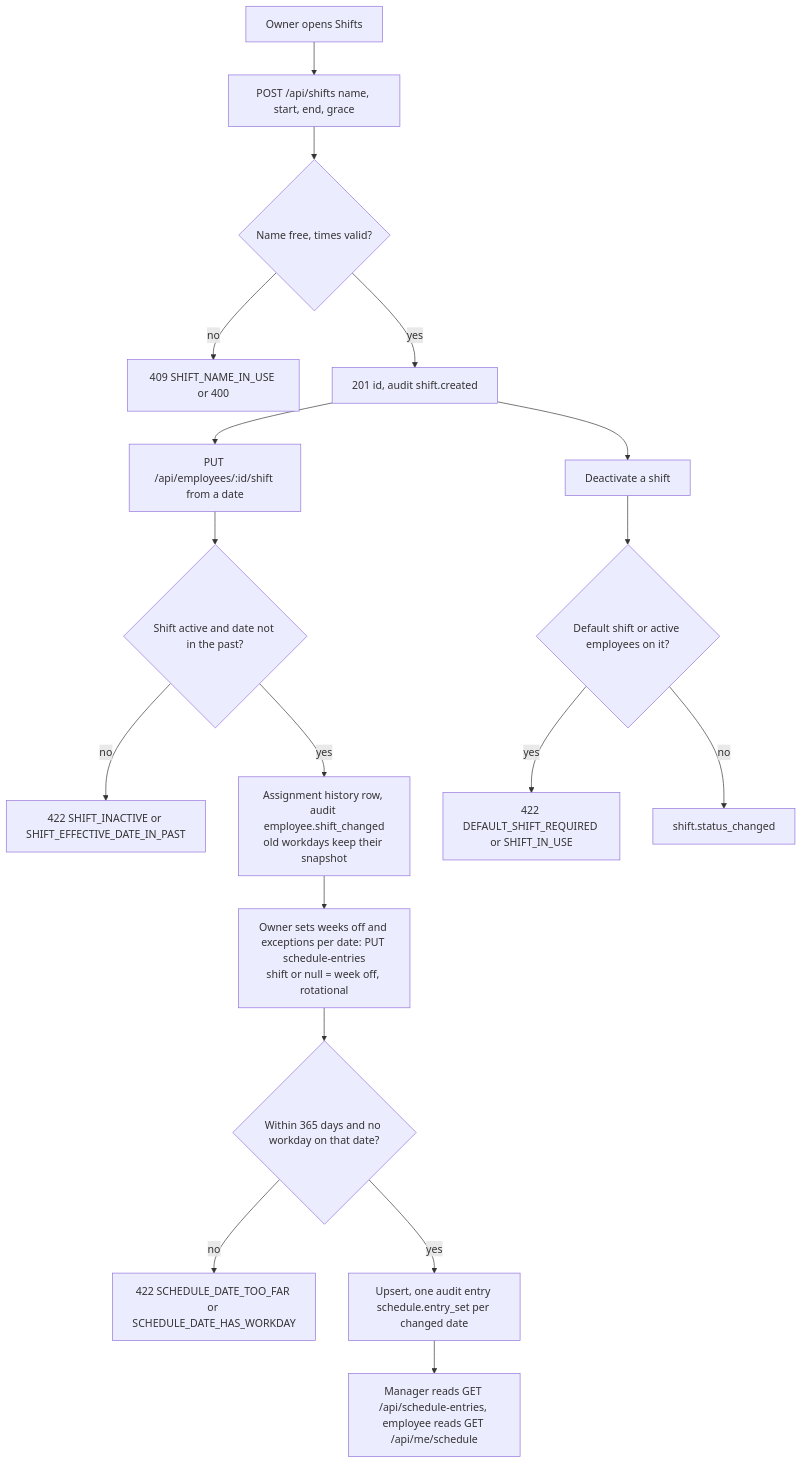
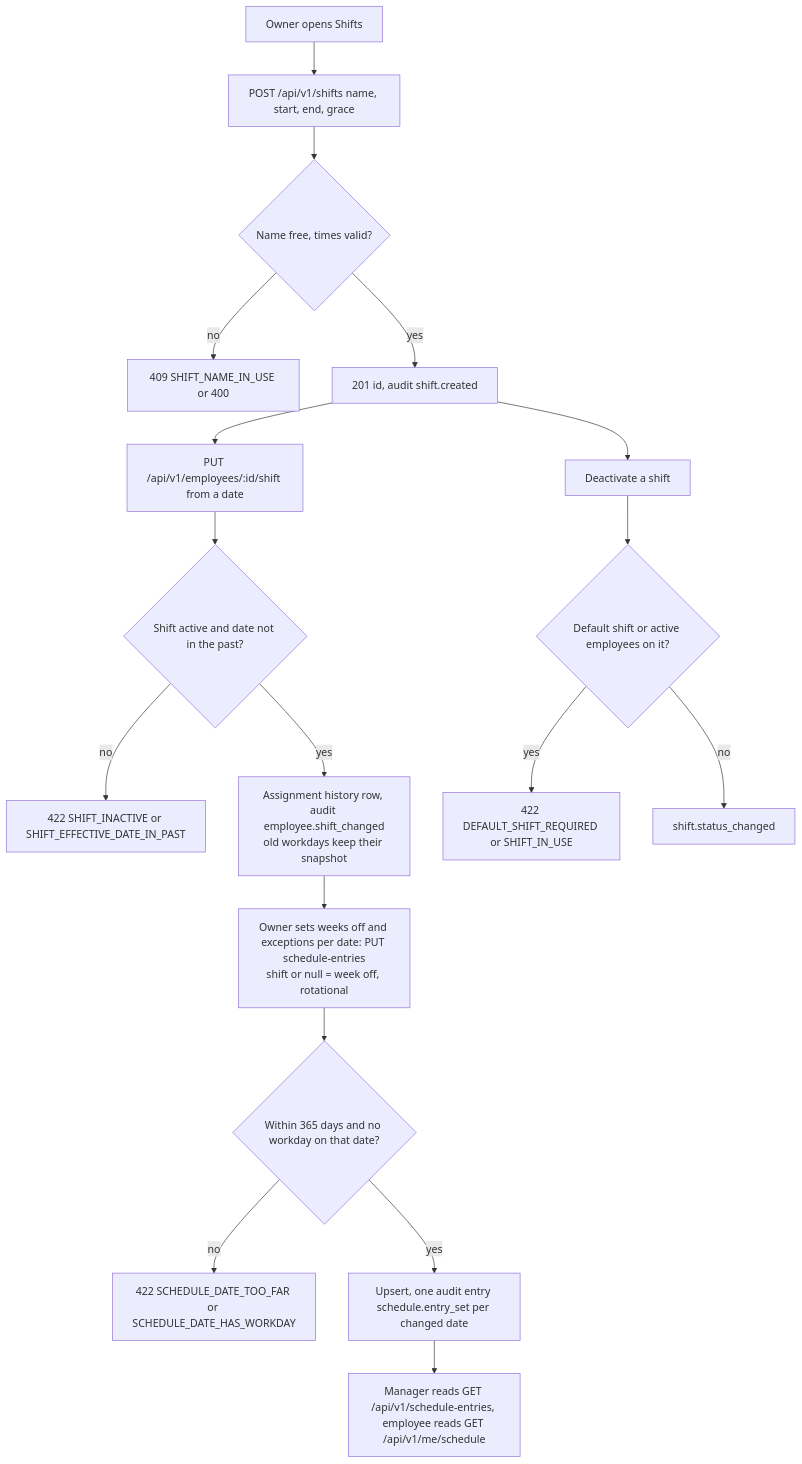
Before and after one commit to amitjurislpo/juris-track: diagram 19 of 21 in references/FLOW-JurisTrack.md, drawn with Mermaid. The commit also changed other lines of this file and 100 other files, not shown here.

````diff
--- a/references/FLOW-JurisTrack.md
+++ b/references/FLOW-JurisTrack.md
@@ -632,20 +632,20 @@
 ```mermaid
 flowchart TD
-    A["Owner opens Shifts"] --> B["POST /api/shifts name, start, end, grace"]
+    A["Owner opens Shifts"] --> B["POST /api/v1/shifts name, start, end, grace"]
     B --> C{"Name free, times valid?"}
     C -->|"no"| C1["409 SHIFT_NAME_IN_USE or 400"]
     C -->|"yes"| D["201 id, audit shift.created"]
-    D --> E["PUT /api/employees/:id/shift from a date"]
+    D --> E["PUT /api/v1/employees/:id/shift from a date"]
     E --> F{"Shift active and date not in the past?"}
     F -->|"no"| F1["422 SHIFT_INACTIVE or SHIFT_EFFECTIVE_DATE_IN_PAST"]
     F -->|"yes"| G["Assignment history row, audit employee.shift_changed<br/>old workdays keep their snapshot"]
     G --> H["Owner sets weeks off and exceptions per date: PUT schedule-entries<br/>shift or null = week off, rotational"]
     H --> I{"Within 365 days and no workday on that date?"}
     I -->|"no"| I1["422 SCHEDULE_DATE_TOO_FAR or SCHEDULE_DATE_HAS_WORKDAY"]
     I -->|"yes"| J["Upsert, one audit entry schedule.entry_set per changed date"]
-    J --> K["Manager reads GET /api/schedule-entries, employee reads GET /api/me/schedule"]
+    J --> K["Manager reads GET /api/v1/schedule-entries, employee reads GET /api/v1/me/schedule"]
     D --> L["Deactivate a shift"]
     L --> M{"Default shift or active employees on it?"}
     M -->|"yes"| M1["422 DEFAULT_SHIFT_REQUIRED or SHIFT_IN_USE"]
     M -->|"no"| N["shift.status_changed"]
 ```
````
